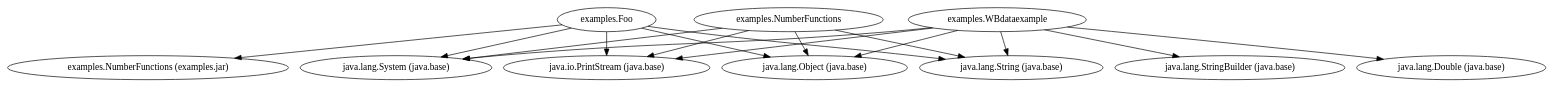
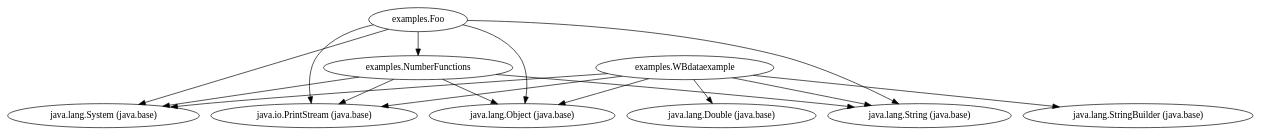
Before and after one commit to pdlmachado/GraphTheory-JGraphT: the diagram in src/main/java/datasets/examples.dot, drawn with Graphviz.

```diff
--- a/src/main/java/datasets/examples.dot
+++ b/src/main/java/datasets/examples.dot
@@ -1,18 +1,18 @@
 digraph "examples.jar" {
     // Path: examples.jar
-   "examples.Foo"                                     -> "examples.NumberFunctions (examples.jar)";
+   "examples.Foo"                                     -> "examples.NumberFunctions";
    "examples.Foo"                                     -> "java.io.PrintStream (java.base)";
    "examples.Foo"                                     -> "java.lang.Object (java.base)";
    "examples.Foo"                                     -> "java.lang.String (java.base)";
    "examples.Foo"                                     -> "java.lang.System (java.base)";
    "examples.NumberFunctions"                         -> "java.io.PrintStream (java.base)";
    "examples.NumberFunctions"                         -> "java.lang.Object (java.base)";
    "examples.NumberFunctions"                         -> "java.lang.String (java.base)";
    "examples.NumberFunctions"                         -> "java.lang.System (java.base)";
    "examples.WBdataexample"                           -> "java.io.PrintStream (java.base)";
    "examples.WBdataexample"                           -> "java.lang.Double (java.base)";
    "examples.WBdataexample"                           -> "java.lang.Object (java.base)";
    "examples.WBdataexample"                           -> "java.lang.String (java.base)";
    "examples.WBdataexample"                           -> "java.lang.StringBuilder (java.base)";
    "examples.WBdataexample"                           -> "java.lang.System (java.base)";
 }
```
